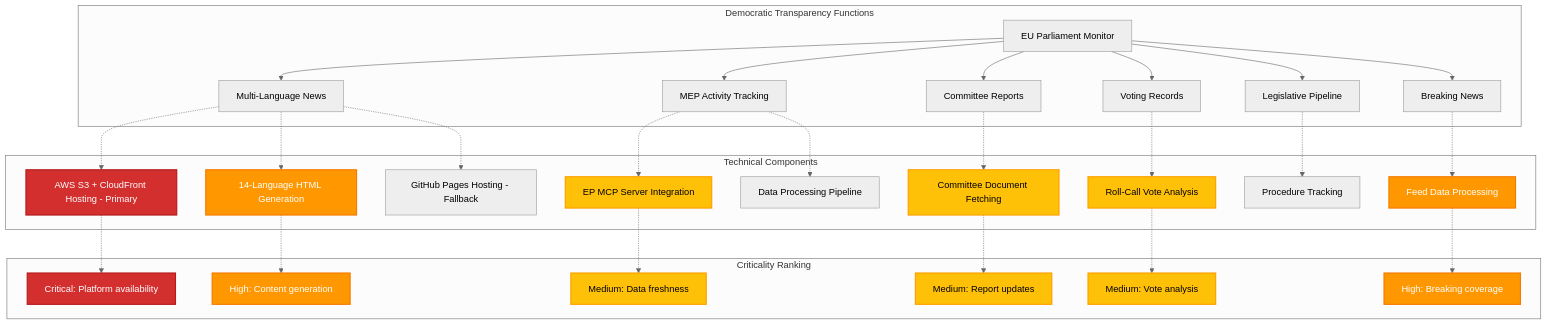
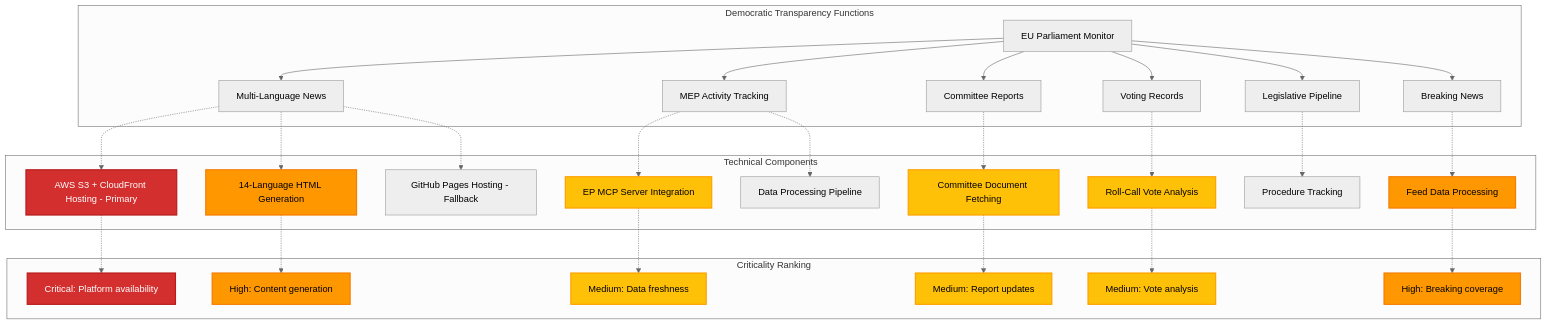
One commit to Hack23/euparliamentmonitor changed the third of 5 diagrams in BCPPlan.md. Above: the diagram before and after it, drawn with Mermaid (neutral theme). The commit also changed 1 other file, not shown here.

Commit message:
Fix WCAG contrast: use black text on orange/green classDef fills
- BCPPlan.md: classDef high color #ffffff → #000000 (orange bg)
- FLOWCHART.md: classDef startNode color #ffffff → #000000 (green bg)

Agent-Logs-Url: https://github.com/Hack23/euparliamentmonitor/sessions/cf072a57-0aa1-43fa-abd3-4c98dd84082b

````diff
--- a/BCPPlan.md
+++ b/BCPPlan.md
@@ -195,40 +195,40 @@
 ```mermaid
 graph TB
     subgraph "Democratic Transparency Functions"
         A[EU Parliament Monitor] --> B[Multi-Language News]
         A --> C[MEP Activity Tracking]
         A --> D[Committee Reports]
         A --> E[Voting Records]
         A --> F[Legislative Pipeline]
         A --> G[Breaking News]
     end
 
     subgraph "Technical Components"
         B -.-> B1["AWS S3 + CloudFront Hosting - Primary"]
         B -.-> B2[14-Language HTML Generation]
         B -.-> B3["GitHub Pages Hosting - Fallback"]
         C -.-> C1[EP MCP Server Integration]
         C -.-> C2[Data Processing Pipeline]
         D -.-> D1[Committee Document Fetching]
         E -.-> E1[Roll-Call Vote Analysis]
         F -.-> F1[Procedure Tracking]
         G -.-> G1[Feed Data Processing]
     end
 
     subgraph "Criticality Ranking"
         B1 -.-> CR1[Critical: Platform availability]
         B2 -.-> CR2[High: Content generation]
         C1 -.-> CR3[Medium: Data freshness]
         D1 -.-> CR4[Medium: Report updates]
         E1 -.-> CR5[Medium: Vote analysis]
         G1 -.-> CR6[High: Breaking coverage]
     end
 
     classDef critical fill:#D32F2F,stroke:#B71C1C,stroke-width:2px,color:#ffffff
-    classDef high fill:#FF9800,stroke:#F57C00,stroke-width:2px,color:#ffffff
+    classDef high fill:#FF9800,stroke:#F57C00,stroke-width:2px,color:#000000
     classDef medium fill:#FFC107,stroke:#FFA000,stroke-width:2px,color:#000000
 
     class B1,CR1 critical
     class B2,G1,CR2,CR6 high
     class C1,D1,E1,CR3,CR4,CR5 medium
 ```
````
